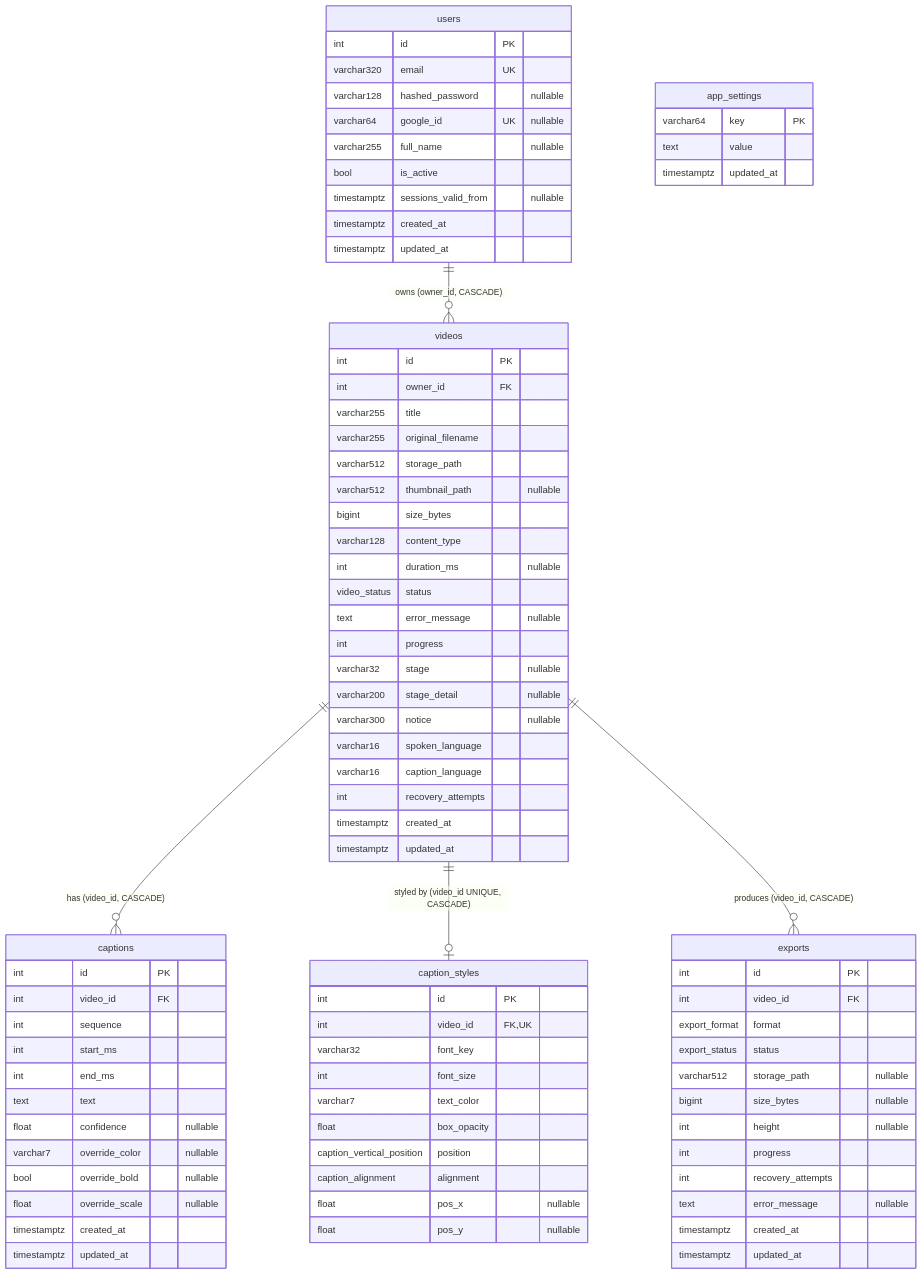
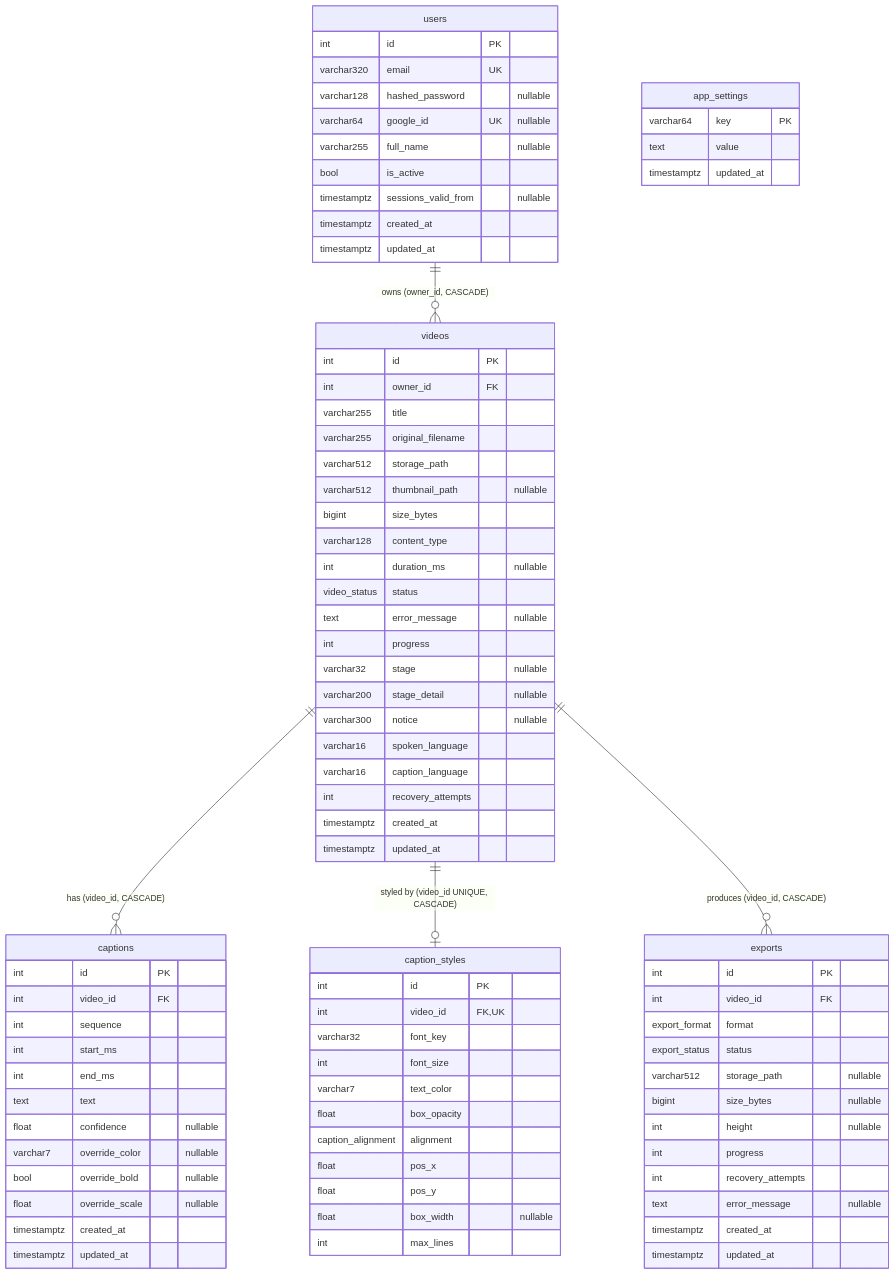
One commit to Tanush1206/Video-Caption-Maker changed the diagram in docs/DATABASE.md. Above: the diagram before and after it, drawn with Mermaid. The commit also changed other lines of this file and 3 other files, not shown here.

Commit message:
docs: caption box in the API, data model, architecture and test plan

```diff
--- a/docs/DATABASE.md
+++ b/docs/DATABASE.md
@@ -123,10 +123,11 @@
         int font_size
         varchar7 text_color
         float box_opacity
-        caption_vertical_position position
         caption_alignment alignment
-        float pos_x "nullable"
-        float pos_y "nullable"
+        float pos_x
+        float pos_y
+        float box_width "nullable"
+        int max_lines
     }
     exports {
         int id PK
```
